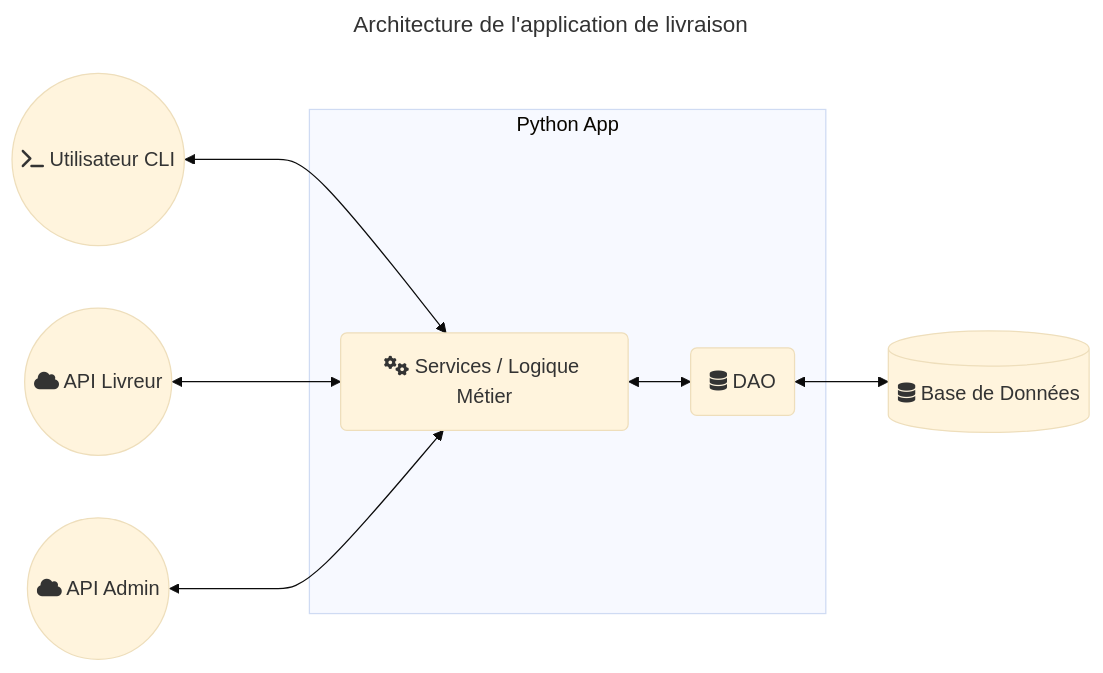
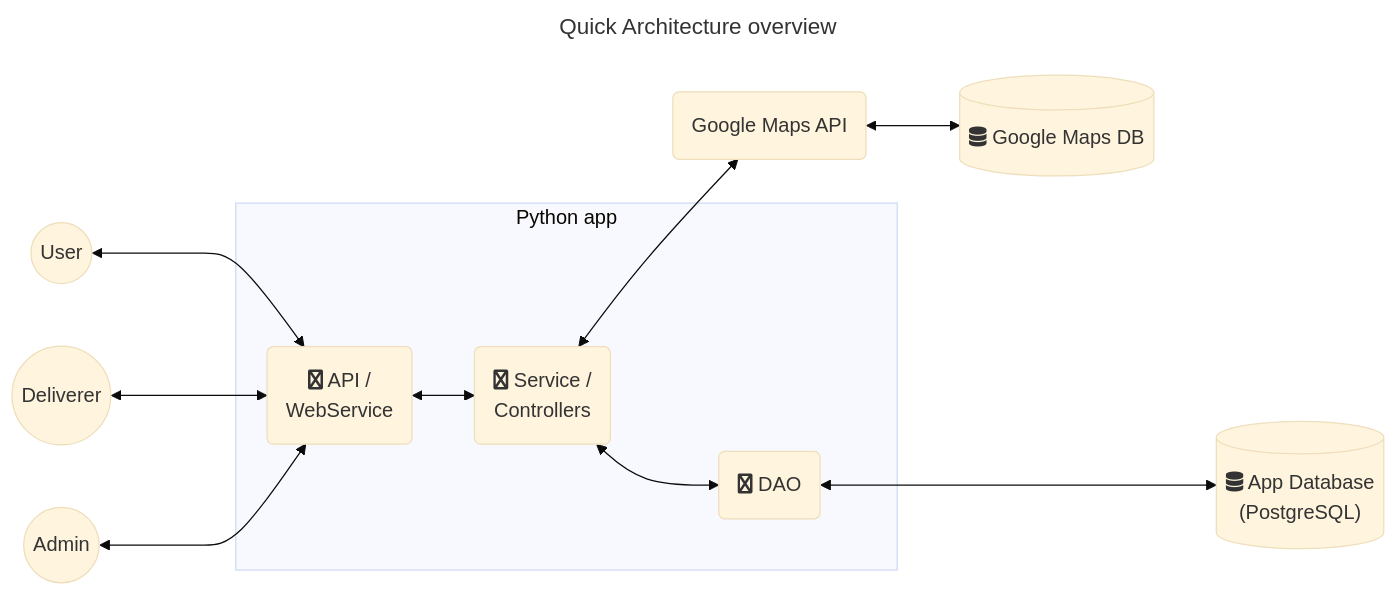
One commit to anaisdrnc/Projet_Info_2A changed the diagram in architecture1.md. Above: the diagram before and after it, drawn with Mermaid (base theme).

````diff
--- a/architecture1.md
+++ b/architecture1.md
@@ -1,28 +1,28 @@
 ```mermaid
 ---
-title: Architecture de l'application de livraison
+title: Quick Architecture overview
 ---
-graph LR
-    %% Acteurs / Interfaces
-    CLI((fa:fa-terminal Utilisateur CLI))
-    API_Livreur((fa:fa-cloud API Livreur))
-    API_Admin((fa:fa-cloud API Admin))
+    graph LR
+    USR1((User))
+    USR2((Deliverer))
+    USR3((Admin))
+    DB[("fa:fa-database App Database \n (PostgreSQL)" )]
+    API(fa:fa-python API / \n WebService)
+    DAO(fa:fa-python DAO)
+    SVC(fa:fa-python Service / \n Controllers )
+    MDB[(fa:fa-database Google Maps DB)]
+    MDBAPI(Google Maps API)
 
-    %% Back-end Python app
-    subgraph Python App
-        SVC(fa:fa-cogs Services / Logique Métier)
-        DAO(fa:fa-database DAO)
-    end
+    USR1<--->API
+        subgraph Python app 
+            API<-->SVC<-->DAO
+        end
+    USR2<--->API
+    USR3<--->API
 
-    %% Base de données
-    DB[(fa:fa-database Base de Données)]
-
-    %% Relations
-    CLI<--->SVC
-    API_Livreur<--->SVC
-    API_Admin<--->SVC
-    SVC<-->DAO
-    DAO<-->DB
+    DAO<--->DB
+    MDBAPI <--> MDB
+    SVC <--> MDBAPI
 
 
 ```
````
